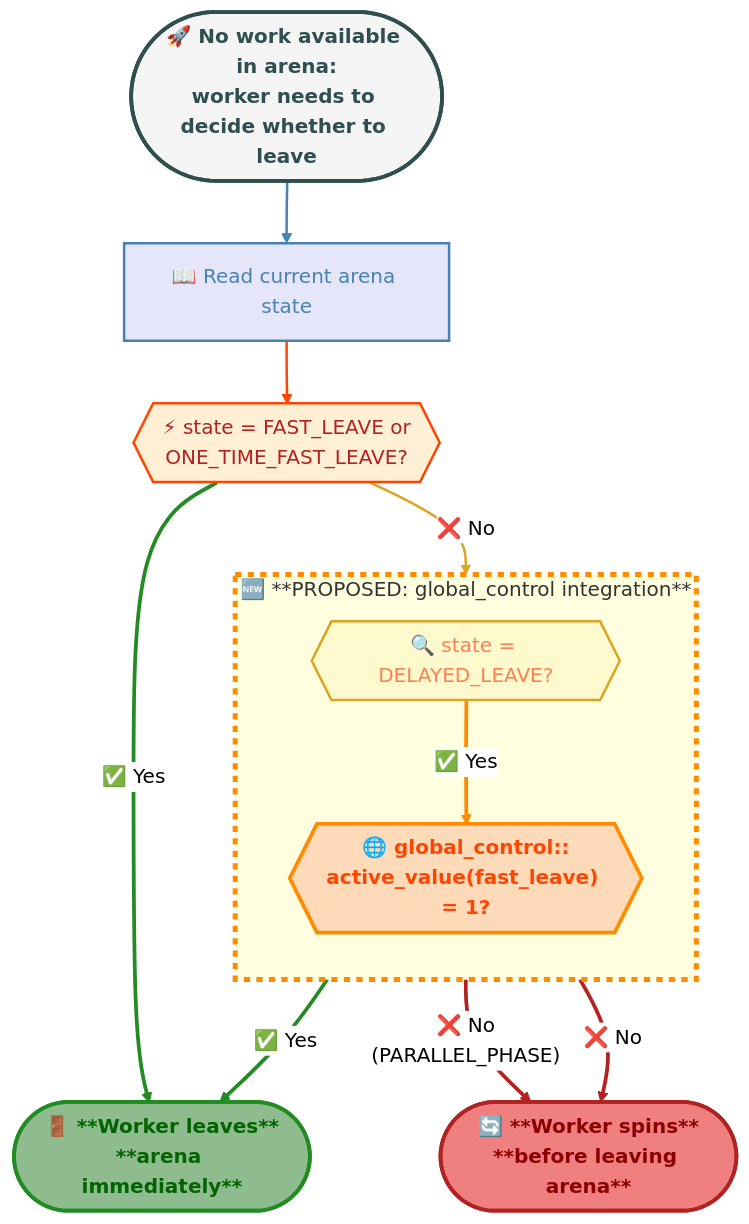
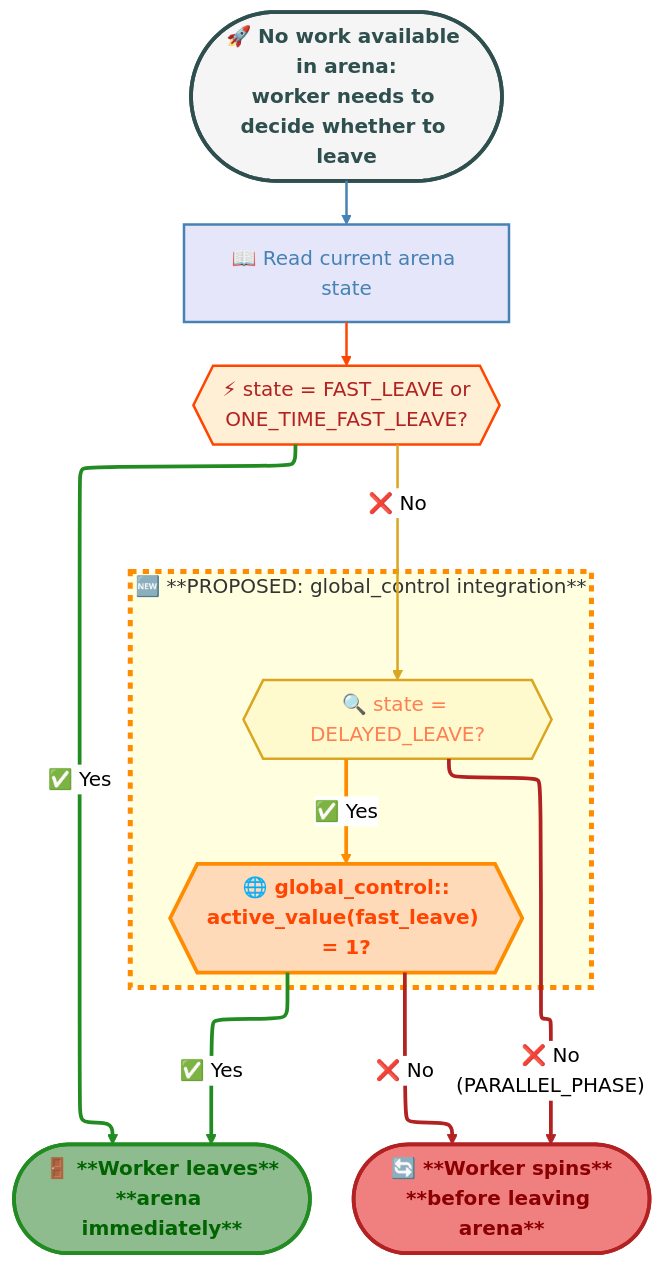
Before and after one commit to uxlfoundation/oneTBB: the diagram in rfcs/proposed/global_control_fast_leave/README.md, drawn with Mermaid (neutral theme).

Commit message:
Update the diagram

````diff
--- a/rfcs/proposed/global_control_fast_leave/README.md
+++ b/rfcs/proposed/global_control_fast_leave/README.md
@@ -106,39 +106,40 @@
 ```mermaid
+%%{init: {"layout": "elk"}}%%
 flowchart TD
     Start([🚀 No work available in arena:<br/>worker needs to decide whether to leave])
     Start --> ReadState[📖 Read current arena state]
     ReadState --> CheckFastLeave{{"⚡ state = FAST_LEAVE or<br/>ONE_TIME_FAST_LEAVE?"}}
 
     CheckFastLeave -->|"✅ Yes"| LeaveImmediately([🚪 **Worker leaves**<br/>**arena immediately**])
     CheckFastLeave -->|"❌ No"| CheckDelayed
 
     CheckDelayed -->|"❌ No<br/>&lpar;PARALLEL_PHASE&rpar;"| SpinBeforeLeave([🔄 **Worker spins**<br/>**before leaving arena**])
     CheckDelayed -->|"✅ Yes"| CheckGlobal
 
     subgraph PROPOSED ["🆕 **PROPOSED: global_control integration**"]
         direction TB
         CheckDelayed{{"🔍 state = DELAYED_LEAVE?"}}
         CheckGlobal{{"🌐 global_control::<br/>active_value&lpar;fast_leave&rpar; = 1?"}}
     end
 
     CheckGlobal -->|"✅ Yes"| LeaveImmediately
     CheckGlobal -->|"❌ No"| SpinBeforeLeave
 
     style Start            fill:whitesmoke,stroke:darkslategray,stroke-width:3px,color:darkslategray,font-weight:bold
     style ReadState        fill:lavender,stroke:steelblue,stroke-width:2px,color:steelblue
     style CheckFastLeave   fill:papayawhip,stroke:orangered,stroke-width:2px,color:firebrick
     style LeaveImmediately fill:darkseagreen,stroke:forestgreen,stroke-width:3px,color:darkgreen,font-weight:bold
     style SpinBeforeLeave  fill:lightcoral,stroke:firebrick,stroke-width:3px,color:darkred,font-weight:bold
     style CheckDelayed     fill:lemonchiffon,stroke:goldenrod,stroke-width:2px,color:coral
     style CheckGlobal      fill:peachpuff,stroke:darkorange,stroke-width:3px,color:orangered,font-weight:bold
     style PROPOSED         fill:lightyellow,stroke:darkorange,stroke-width:4px,stroke-dasharray:5 5
 
     linkStyle 0 stroke:steelblue,stroke-width:2px
     linkStyle 1 stroke:orangered,stroke-width:2px
     linkStyle 2 stroke:forestgreen,stroke-width:3px
     linkStyle 3 stroke:goldenrod,stroke-width:2px
     linkStyle 4 stroke:firebrick,stroke-width:3px
     linkStyle 5 stroke:darkorange,stroke-width:3px
     linkStyle 6 stroke:forestgreen,stroke-width:3px
     linkStyle 7 stroke:firebrick,stroke-width:3px
 ```
````
